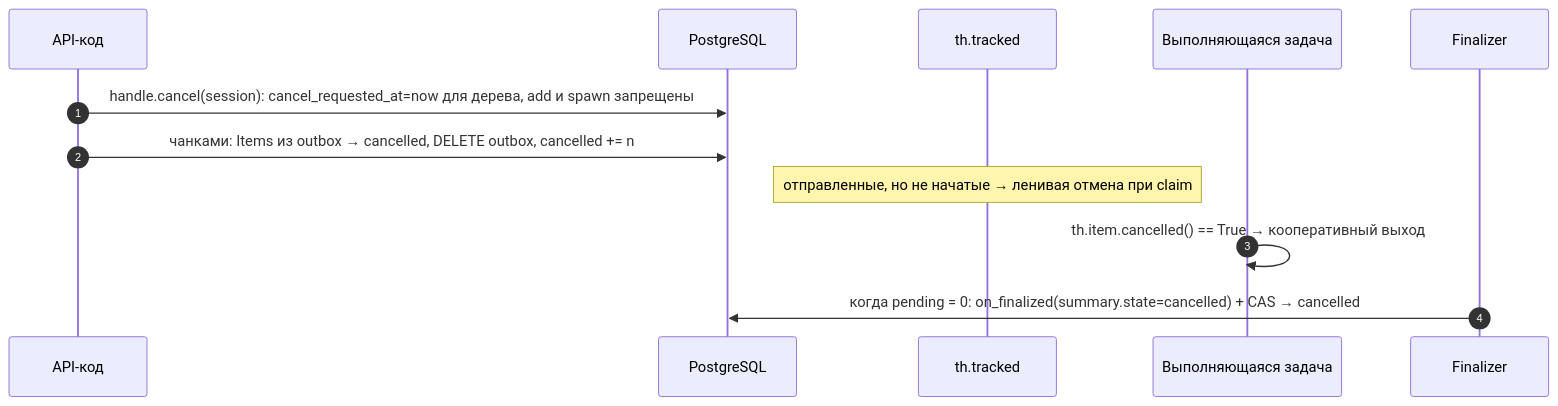
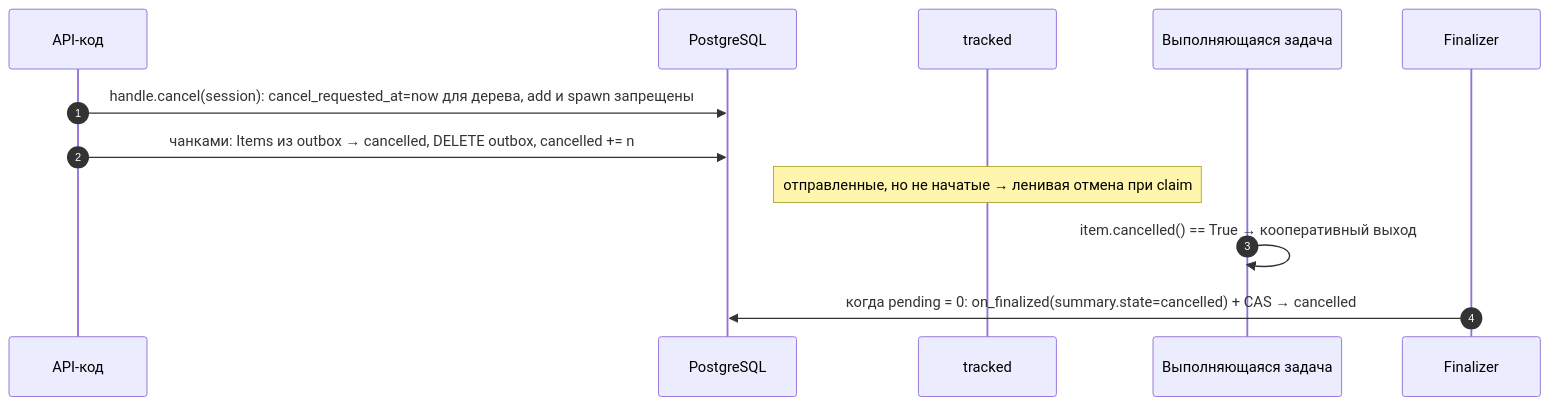
Before and after one commit to 0cherednoq/Tallyho: diagram 24 of 40 in docs/ARCHITECTURE.md, drawn with Mermaid. The commit also changed other lines of this file, not shown here.

First line of the commit message:
Fix-13: ARCHITECTURE — публичный API задачи и потоковое добавление

````diff
--- a/docs/ARCHITECTURE.md
+++ b/docs/ARCHITECTURE.md
@@ -1219,15 +1227,15 @@
 ```mermaid
 sequenceDiagram
     autonumber
     participant O as API-код
     participant DB as PostgreSQL
-    participant MW as th.tracked
+    participant MW as tracked
     participant T as Выполняющаяся задача
     participant F as Finalizer
 
     O->>DB: handle.cancel(session): cancel_requested_at=now для дерева, add и spawn запрещены
     O->>DB: чанками: Items из outbox → cancelled, DELETE outbox, cancelled += n
     Note over MW: отправленные, но не начатые → ленивая отмена при claim
-    T->>T: th.item.cancelled() == True → кооперативный выход
+    T->>T: item.cancelled() == True → кооперативный выход
     F->>DB: когда pending = 0: on_finalized(summary.state=cancelled) + CAS → cancelled
 ```
````
